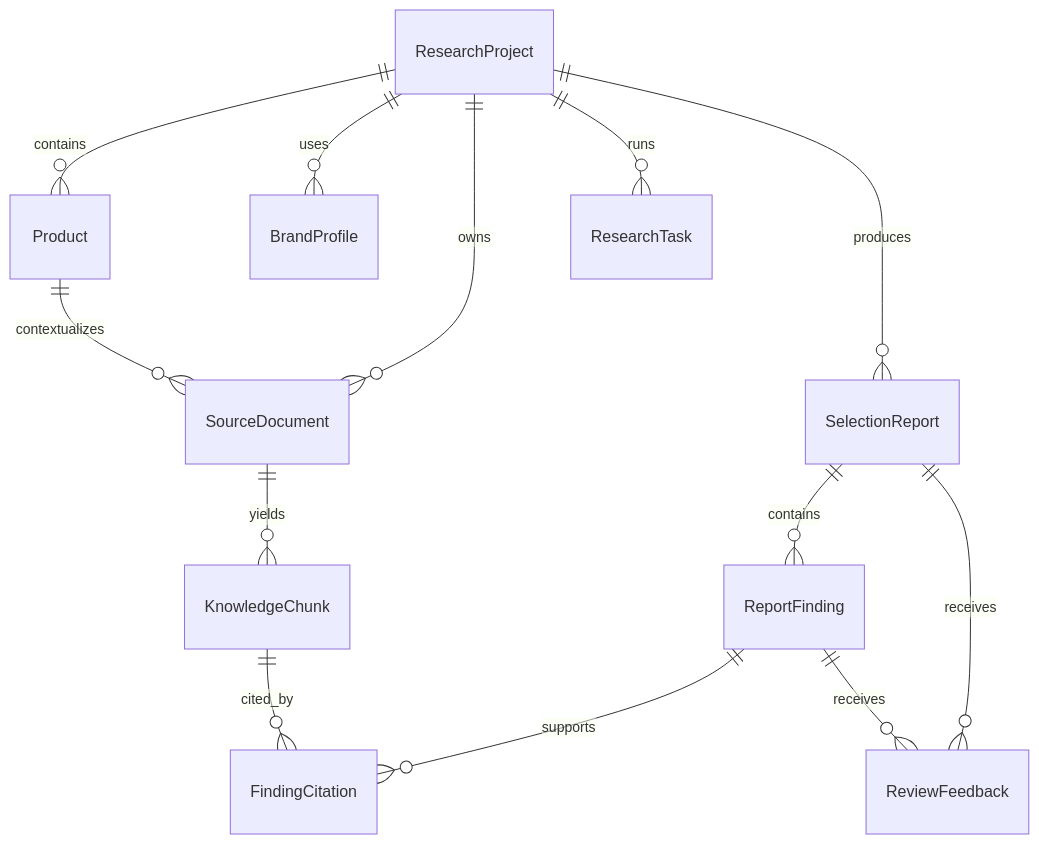
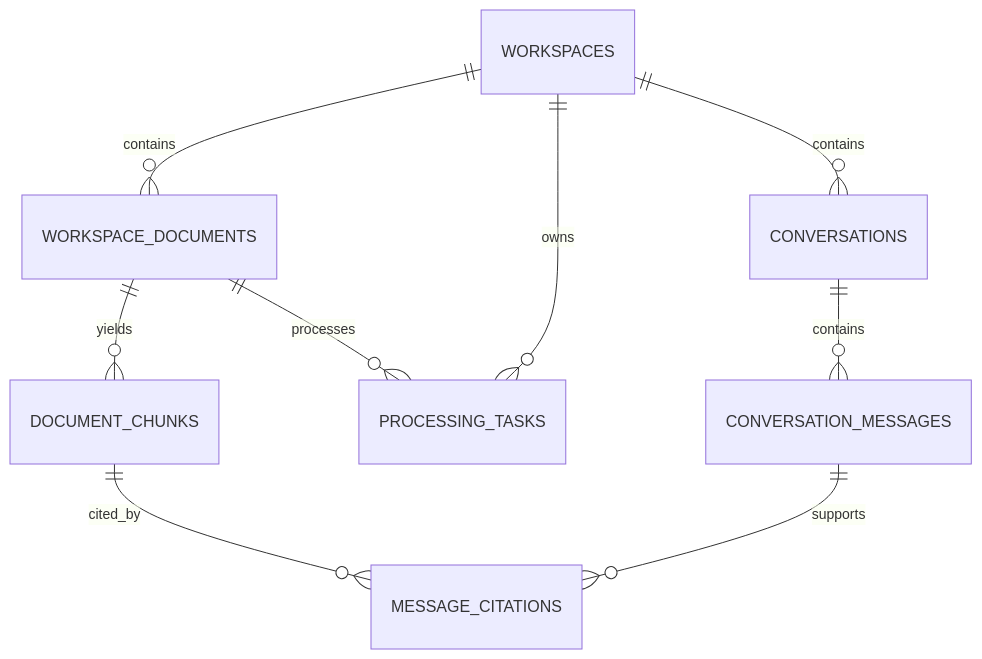
Before and after one commit to xcymm3/knowtrace-ai: the diagram in docs/data-model.md, drawn with Mermaid. The commit also changed other lines of this file and 10 other files, not shown here.

````diff
--- a/docs/data-model.md
+++ b/docs/data-model.md
@@ -16,15 +5,11 @@
 ```mermaid
 erDiagram
-  ResearchProject ||--o{ Product : contains
-  ResearchProject ||--o{ BrandProfile : uses
-  ResearchProject ||--o{ SourceDocument : owns
-  Product ||--o{ SourceDocument : contextualizes
-  SourceDocument ||--o{ KnowledgeChunk : yields
-  ResearchProject ||--o{ ResearchTask : runs
-  ResearchProject ||--o{ SelectionReport : produces
-  SelectionReport ||--o{ ReportFinding : contains
-  ReportFinding ||--o{ FindingCitation : supports
-  KnowledgeChunk ||--o{ FindingCitation : cited_by
-  SelectionReport ||--o{ ReviewFeedback : receives
-  ReportFinding ||--o{ ReviewFeedback : receives
+  WORKSPACES ||--o{ WORKSPACE_DOCUMENTS : contains
+  WORKSPACES ||--o{ PROCESSING_TASKS : owns
+  WORKSPACES ||--o{ CONVERSATIONS : contains
+  WORKSPACE_DOCUMENTS ||--o{ DOCUMENT_CHUNKS : yields
+  WORKSPACE_DOCUMENTS ||--o{ PROCESSING_TASKS : processes
+  CONVERSATIONS ||--o{ CONVERSATION_MESSAGES : contains
+  CONVERSATION_MESSAGES ||--o{ MESSAGE_CITATIONS : supports
+  DOCUMENT_CHUNKS ||--o{ MESSAGE_CITATIONS : cited_by
 ```
````
